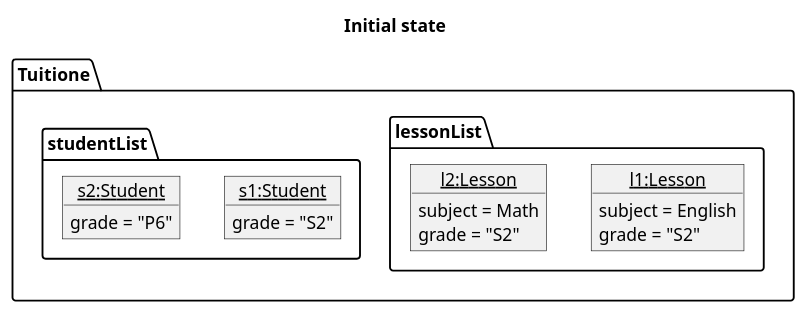
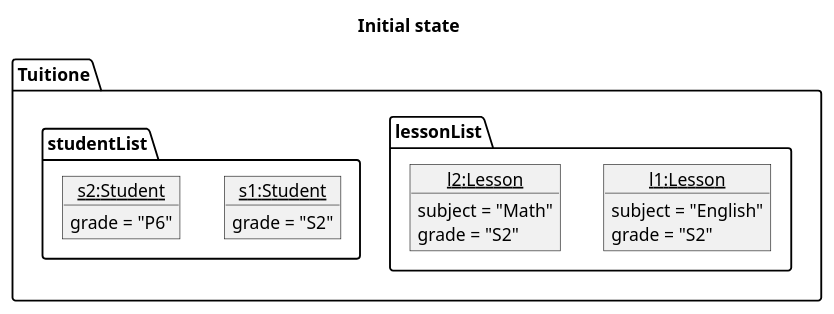
One commit to nus-cs2103-AY2122S1/tp changed the diagram in docs/diagrams/FilterState0.puml. Above: the diagram before and after it, drawn with PlantUML. The commit also changed 2 other files, not shown here.

Commit message:
Update UML diagrams

```diff
--- a/docs/diagrams/FilterState0.puml
+++ b/docs/diagrams/FilterState0.puml
@@ -1,29 +1,29 @@
 @startuml
 'https://plantuml.com/object-diagram
 
 title Initial state
 
 package Tuitione {
     package lessonList {
         object "<u>l1:Lesson" as Lesson1 {
-        subject = English
+        subject = "English"
         grade = "S2"
         }
 
         object "<u>l2:Lesson" as Lesson2 {
-        subject = Math
+        subject = "Math"
         grade = "S2"
         }
     }
     package studentList {
         object "<u>s1:Student" as Student1 {
         grade = "S2"
         }
 
         object "<u>s2:Student" as Student2 {
         grade = "P6"
         }
     }
 }
 
 @end
```
